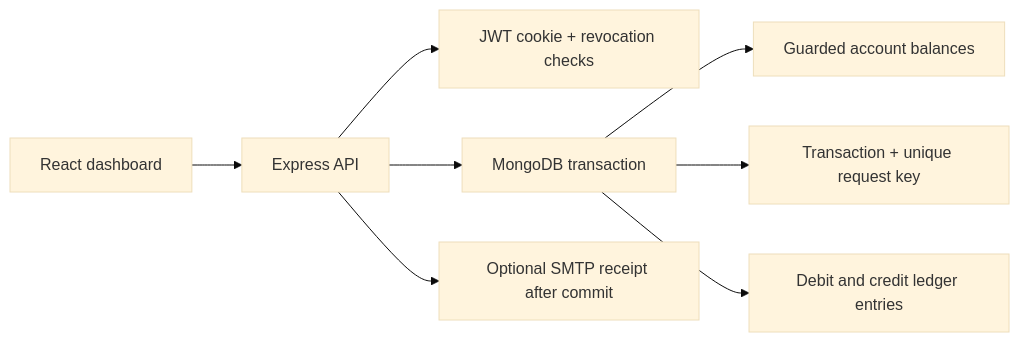
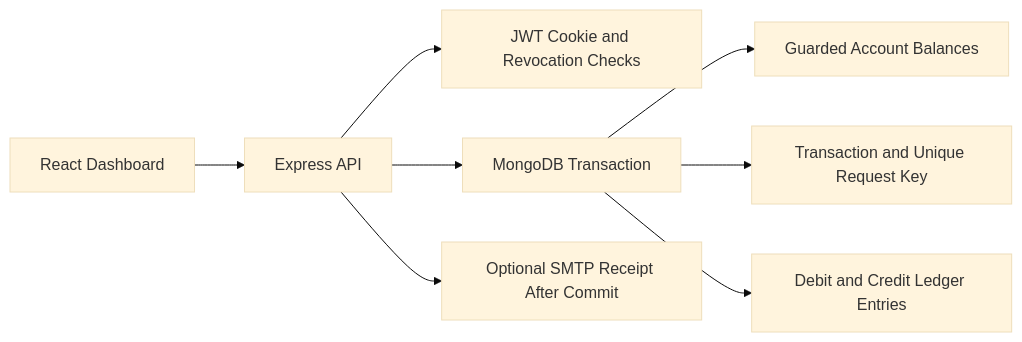
Before and after one commit to brijesh2024-max/Banking-System: the diagram in README.md, drawn with Mermaid (base theme). The commit also changed other lines of this file, not shown here.

````diff
--- a/README.md
+++ b/README.md
@@ -62,10 +101,10 @@
 ```mermaid
 flowchart LR
-  UI[React dashboard] --> API[Express API]
-  API --> Auth[JWT cookie + revocation checks]
-  API --> TX[MongoDB transaction]
-  TX --> Balances[Guarded account balances]
-  TX --> Record[Transaction + unique request key]
-  TX --> Ledger[Debit and credit ledger entries]
-  API --> Receipt[Optional SMTP receipt after commit]
+    UI[React Dashboard] --> API[Express API]
+    API --> Auth[JWT Cookie and Revocation Checks]
+    API --> TX[MongoDB Transaction]
+    TX --> Balances[Guarded Account Balances]
+    TX --> Record[Transaction and Unique Request Key]
+    TX --> Ledger[Debit and Credit Ledger Entries]
+    API --> Receipt[Optional SMTP Receipt After Commit]
 ```
````
